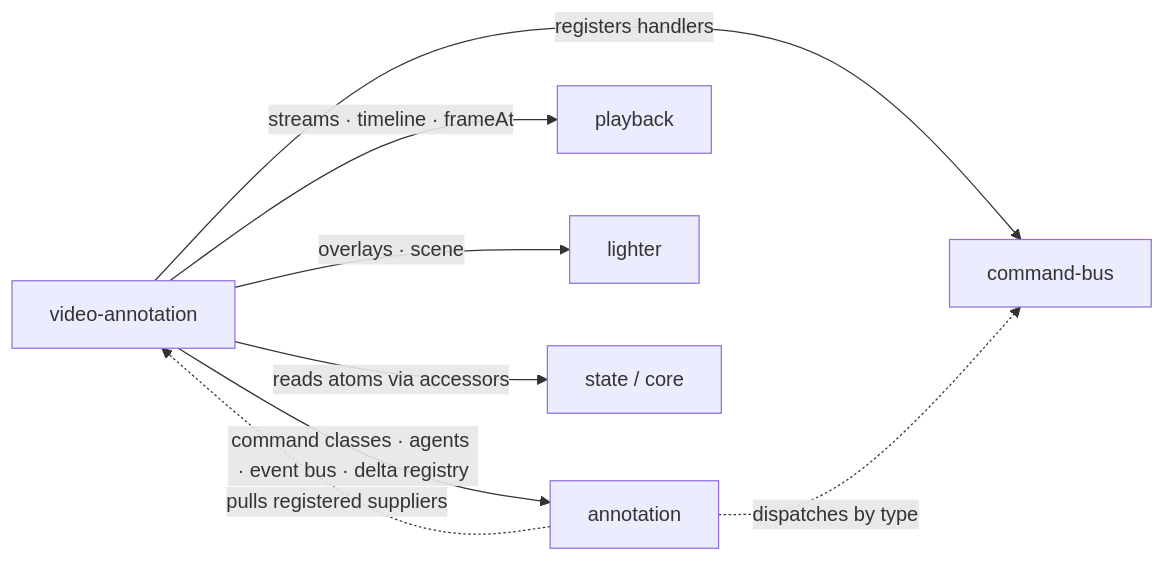
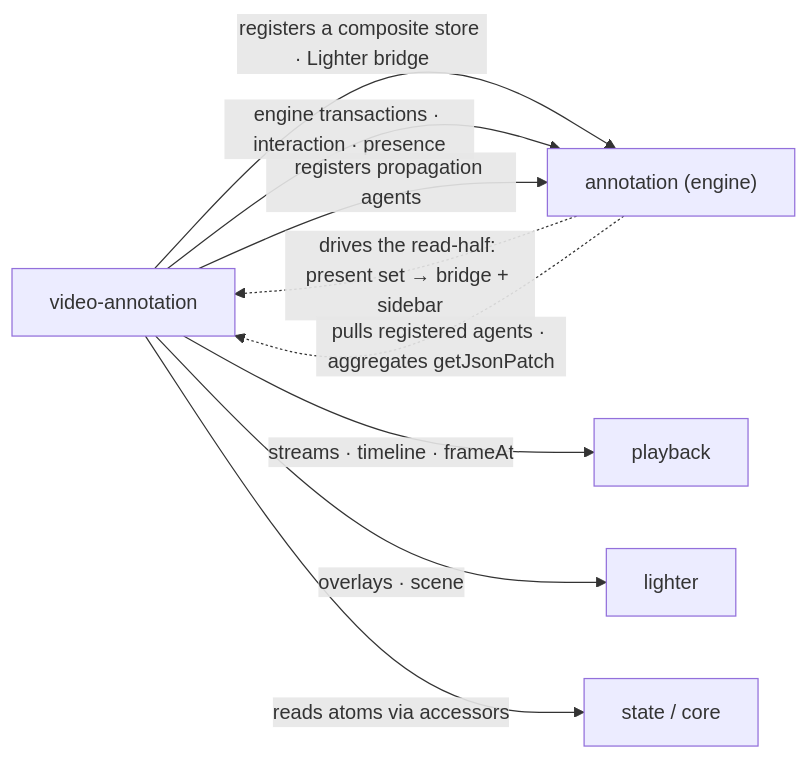
The fifth of 5 diagrams in app/packages/video-annotation/README.md (voxel51/fiftyone), drawn with Mermaid before and after one commit. The commit also changed other lines of this file, not shown here.

Commit message:
docs(video-annotation): rewrite the README for the engine-based architecture

````diff
--- a/app/packages/video-annotation/README.md
+++ b/app/packages/video-annotation/README.md
@@ -181,18 +208,18 @@
 ```mermaid
 flowchart LR
     VA["video-annotation"]
-    ANN["annotation"]
-    CB["command-bus"]
+    ANN["annotation (engine)"]
     PB["playback"]
     LI["lighter"]
     ST["state / core"]
 
-    VA -->|registers handlers| CB
-    VA -->|command classes · agents · event bus · delta registry| ANN
+    VA -->|registers a composite store · Lighter bridge| ANN
+    VA -->|engine transactions · interaction · presence| ANN
+    VA -->|registers propagation agents| ANN
     VA -->|streams · timeline · frameAt| PB
     VA -->|overlays · scene| LI
     VA -->|reads atoms via accessors| ST
 
-    ANN -. dispatches by type .-> CB
-    ANN -. pulls registered suppliers .-> VA
+    ANN -. drives the read-half: present set → bridge + sidebar .-> VA
+    ANN -. pulls registered agents · aggregates getJsonPatch .-> VA
 ```
````
